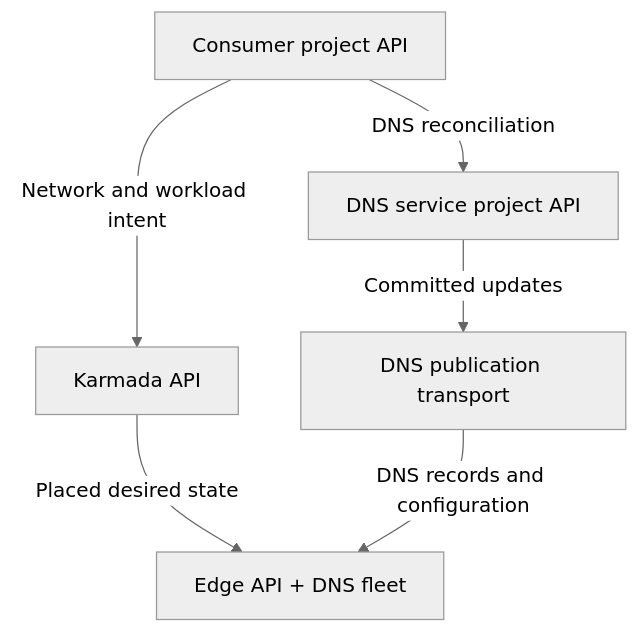
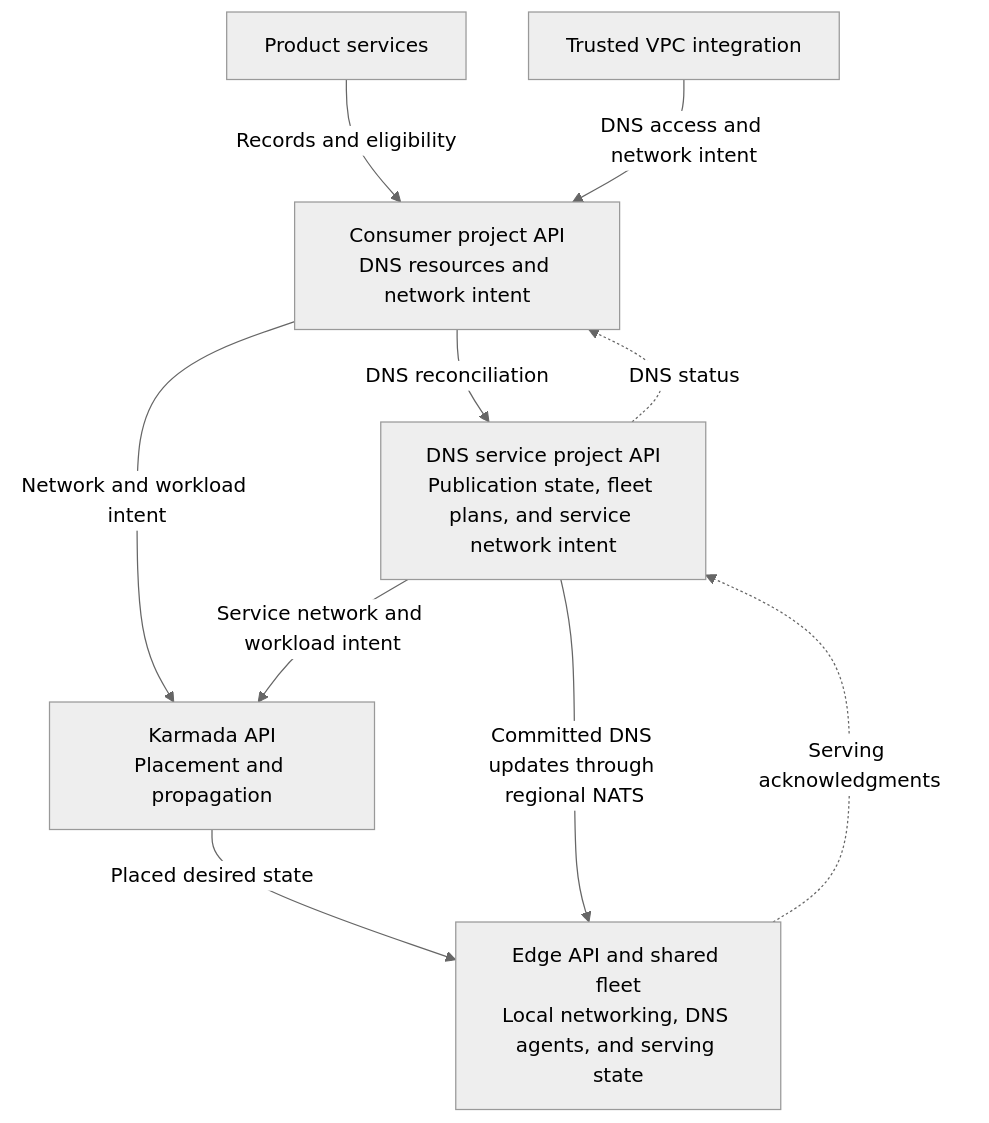
Before and after one commit to datum-cloud/dns-operator: the first of 4 diagrams in docs/architecture/internal-dns/README.md, drawn with Mermaid (neutral theme). The commit also changed other lines of this file and 2 other files, not shown here.

Commit message:
docs: document internal DNS architecture and API contracts

````diff
--- a/docs/architecture/internal-dns/README.md
+++ b/docs/architecture/internal-dns/README.md
@@ -17,13 +23,16 @@
 ```mermaid
 flowchart TB
-  P[Consumer project API]
-  D[DNS service project API]
-  K[Karmada API]
-  E[Edge API + DNS fleet]
-  T[DNS publication transport]
+  Products[Product services] -->|Records and eligibility| P
+  Integration[Trusted VPC integration] -->|DNS access and network intent| P
+  P["Consumer project API<br/>DNS resources and network intent"]
+  D["DNS service project API<br/>Publication state, fleet plans, and service network intent"]
+  K["Karmada API<br/>Placement and propagation"]
+  E["Edge API and shared fleet<br/>Local networking, DNS agents, and serving state"]
   P -->|DNS reconciliation| D
   P -->|Network and workload intent| K
+  D -->|Service network and workload intent| K
   K -->|Placed desired state| E
-  D -->|Committed updates| T
-  T -->|DNS records and configuration| E
+  D -->|Committed DNS updates through regional NATS| E
+  E -.->|Serving acknowledgments| D
+  D -.->|DNS status| P
 ```
````
